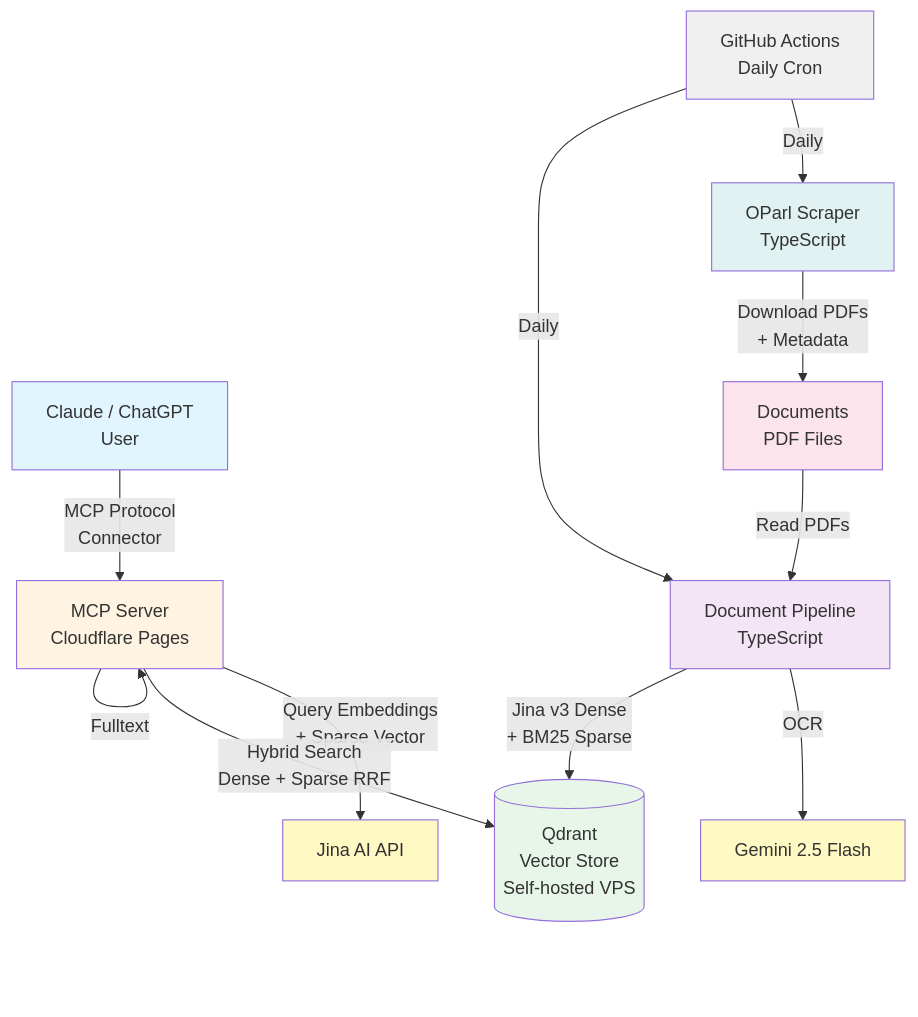
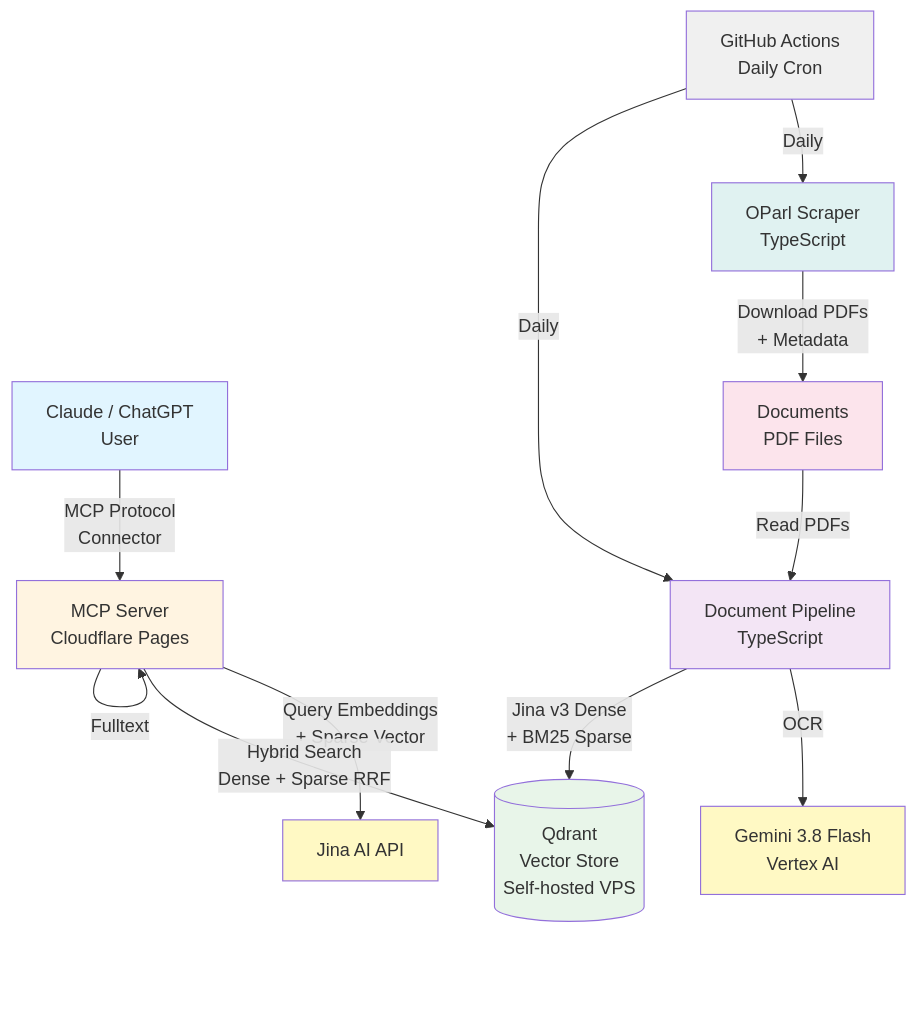
The diagram in README.md (levino/nordstemmen-ai), drawn with Mermaid before and after one commit. The commit also changed other lines of this file and 14 other files, not shown here.

First line of the commit message:
fix(pipeline): OCR via Gemini 3.8 Flash on Vertex AI, fail loudly

````diff
--- a/README.md
+++ b/README.md
@@ -69,33 +69,33 @@
 ```mermaid
 graph TB
     User[Claude / ChatGPT<br/>User]
     MCP[MCP Server<br/>Cloudflare Pages]
     Qdrant[(Qdrant<br/>Vector Store<br/>Self-hosted VPS)]
     Pipeline[Document Pipeline<br/>TypeScript]
     Docs[Documents<br/>PDF Files]
     Scraper[OParl Scraper<br/>TypeScript]
     Jina[Jina AI API]
-    Gemini[Gemini 2.5 Flash]
+    Gemini[Gemini 3.8 Flash<br/>Vertex AI]
     CI[GitHub Actions<br/>Daily Cron]
 
     User -->|MCP Protocol<br/>Connector| MCP
     MCP -->|Query Embeddings<br/>+ Sparse Vector| Jina
     MCP -->|Hybrid Search<br/>Dense + Sparse RRF| Qdrant
     MCP -->|Fulltext| MCP
     CI -->|Daily| Scraper
     CI -->|Daily| Pipeline
     Scraper -->|Download PDFs<br/>+ Metadata| Docs
     Docs -->|Read PDFs| Pipeline
     Pipeline -->|OCR| Gemini
     Pipeline -->|Jina v3 Dense<br/>+ BM25 Sparse| Qdrant
 
     style User fill:#e1f5ff
     style MCP fill:#fff4e1
     style Qdrant fill:#e8f5e9
     style Pipeline fill:#f3e5f5
     style Docs fill:#fce4ec
     style Scraper fill:#e0f2f1
     style Jina fill:#fff9c4
     style Gemini fill:#fff9c4
     style CI fill:#f0f0f0
 ```
````
